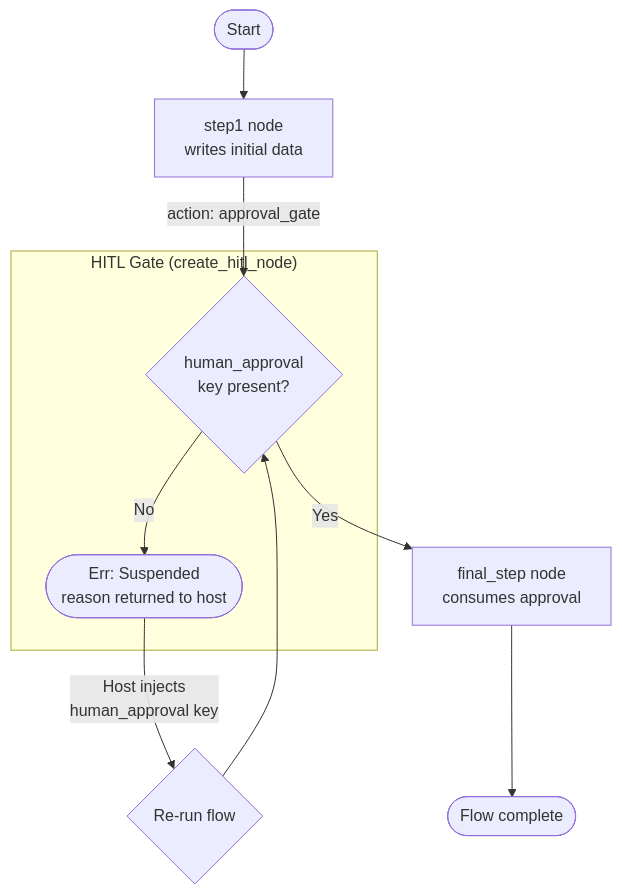
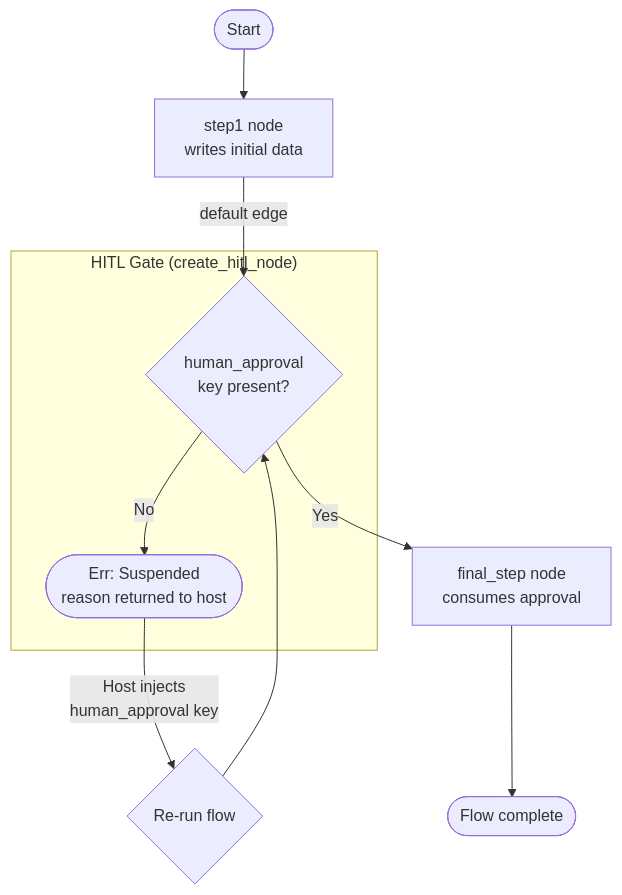
The diagram in examples/HITL.md (EzekTec-Inc/AgentFlow), drawn with Mermaid before and after one commit. The commit also changed 14 other files, not shown here.

````diff
--- a/examples/HITL.md
+++ b/examples/HITL.md
@@ -71,16 +71,16 @@
 ```mermaid
 graph TD
     A([Start]) --> S1[step1 node\nwrites initial data]
-    S1 -->|action: approval_gate| G
+    S1 -->|default edge| G
 
     subgraph HITL["HITL Gate (create_hitl_node)"]
         G{human_approval\nkey present?}
         G -->|No| SUS([Err: Suspended\nreason returned to host])
     end
 
     G -->|Yes| S3[final_step node\nconsumes approval]
     SUS -->|Host injects\nhuman_approval key| G2{Re-run flow}
     G2 --> G
 
     S3 --> Done([Flow complete])
 ```
````
